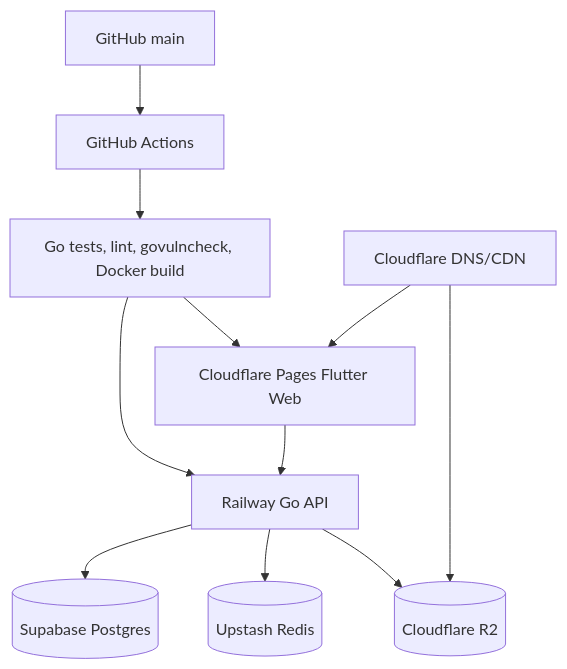
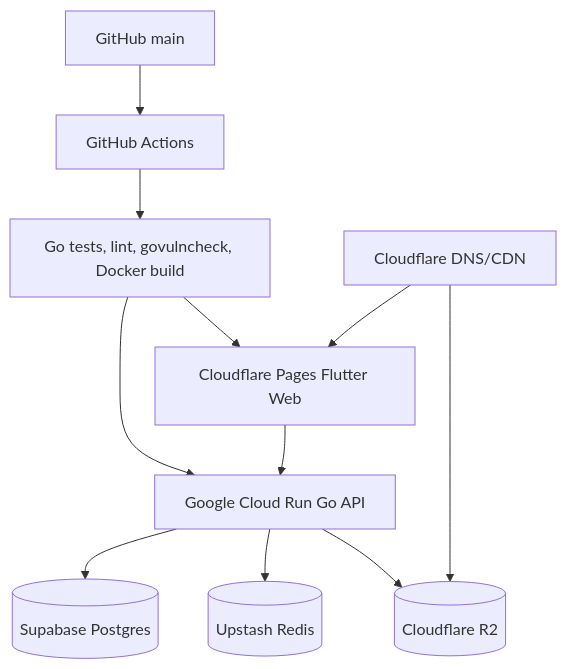
The eighth of 8 diagrams in docs/architecture/SAD.md (SCAPUTO88/fit-brother-2), drawn with Mermaid before and after one commit. The commit also changed other lines of this file and 9 other files, not shown here.

Commit message:
feat: adaptacoes runtime para Cloud Run

````diff
--- a/docs/architecture/SAD.md
+++ b/docs/architecture/SAD.md
@@ -373,13 +373,13 @@
 ```mermaid
 flowchart TB
     Dev[GitHub main] --> CI[GitHub Actions]
     CI --> Tests[Go tests, lint, govulncheck, Docker build]
-    Tests --> Railway[Railway Go API]
+    Tests --> CloudRun[Google Cloud Run Go API]
     Tests --> Pages[Cloudflare Pages Flutter Web]
-    Railway --> Supabase[(Supabase Postgres)]
-    Railway --> Upstash[(Upstash Redis)]
-    Railway --> R2[(Cloudflare R2)]
-    Pages --> Railway
+    CloudRun --> Supabase[(Supabase Postgres)]
+    CloudRun --> Upstash[(Upstash Redis)]
+    CloudRun --> R2[(Cloudflare R2)]
+    Pages --> CloudRun
     Cloudflare[Cloudflare DNS/CDN] --> Pages
     Cloudflare --> R2
 ```
````
